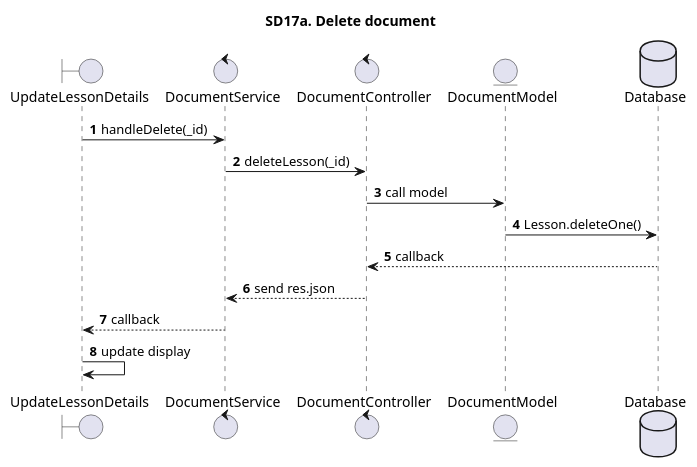
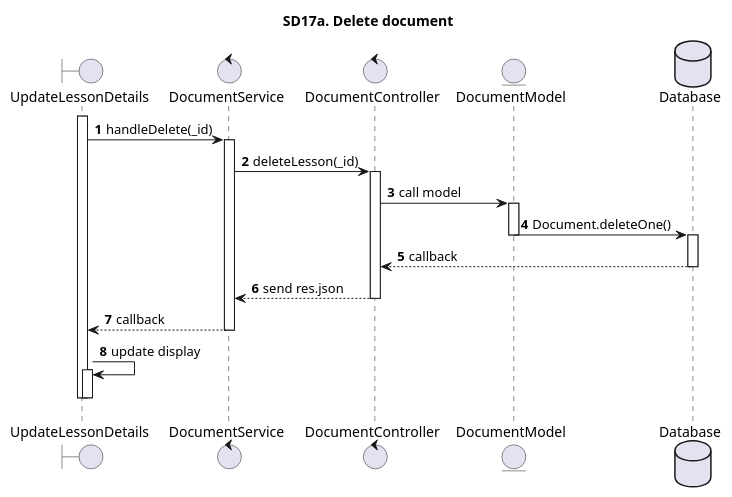
The diagram in SequenceDiagrams/CNPMHDT/New/sd17a.puml (The-Cookies-Team/UML-Diagrams), drawn with PlantUML before and after one commit. The commit also changed 12 other files, not shown here.

```diff
--- a/SequenceDiagrams/CNPMHDT/New/sd17a.puml
+++ b/SequenceDiagrams/CNPMHDT/New/sd17a.puml
@@ -1,23 +1,35 @@
 @startuml SQ
 
 autonumber
 
 title SD17a. Delete document
 
 boundary "UpdateLessonDetails"
 control "DocumentService"
 control "DocumentController"
 entity "DocumentModel"
 database "Database" as Database
 
+activate UpdateLessonDetails
 UpdateLessonDetails -> DocumentService: handleDelete(_id)
+activate DocumentService
 DocumentService -> DocumentController: deleteLesson(_id)
+activate DocumentController
 DocumentController -> DocumentModel: call model
-DocumentModel -> Database: Lesson.deleteOne()
+activate DocumentModel
+DocumentModel -> Database: Document.deleteOne()
+deactivate DocumentModel
+activate Database
 Database --> DocumentController: callback
+deactivate Database
 DocumentController --> DocumentService: send res.json
+deactivate DocumentController
 DocumentService --> UpdateLessonDetails: callback
+deactivate DocumentService
 UpdateLessonDetails -> UpdateLessonDetails: update display
+activate UpdateLessonDetails
+deactivate UpdateLessonDetails
+deactivate UpdateLessonDetails
 
 
 @enduml
```
